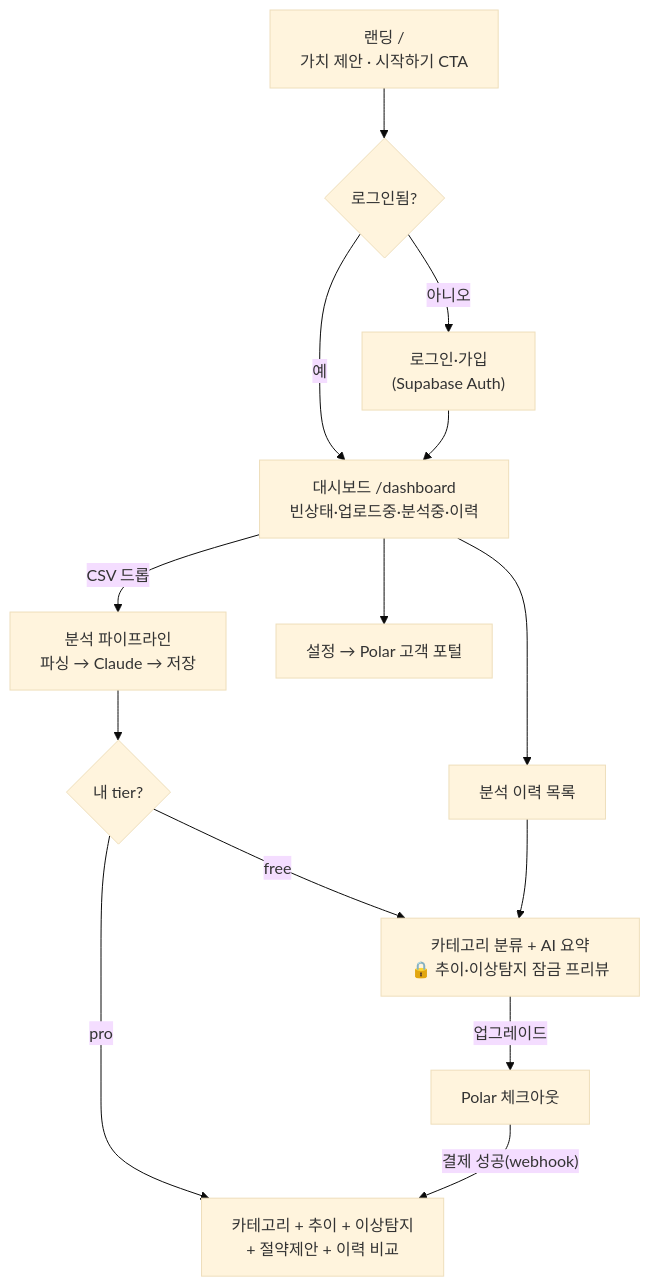
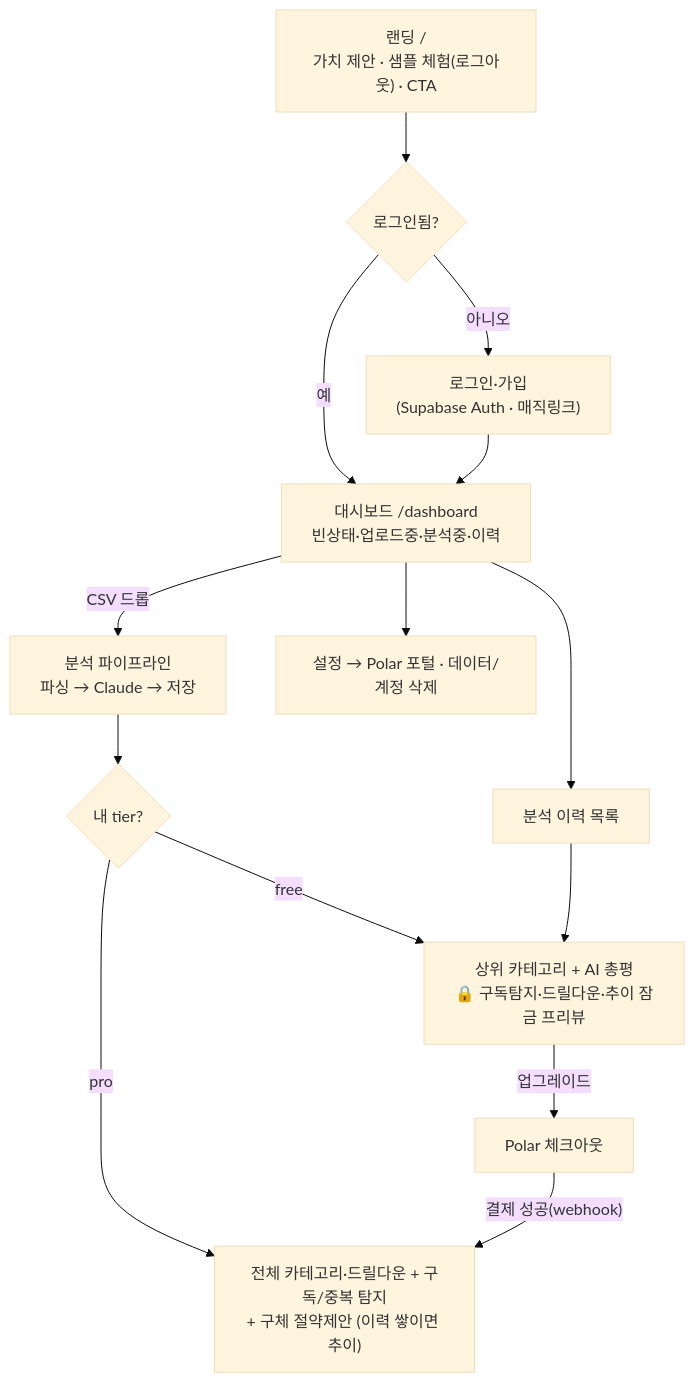
One commit to hhamja/finsight changed the first of 3 diagrams in docs/USER_FLOW.md. Above: the diagram before and after it, drawn with Mermaid (base theme). The commit also changed other lines of this file and 13 other files, not shown here.

````diff
--- a/docs/USER_FLOW.md
+++ b/docs/USER_FLOW.md
@@ -19,16 +19,16 @@
 ```mermaid
 flowchart TD
-    L["랜딩 /<br/>가치 제안 · 시작하기 CTA"]
+    L["랜딩 /<br/>가치 제안 · 샘플 체험(로그아웃) · CTA"]
     L --> AUTH{"로그인됨?"}
-    AUTH -- "아니오" --> SIGNUP["로그인·가입<br/>(Supabase Auth)"]
+    AUTH -- "아니오" --> SIGNUP["로그인·가입<br/>(Supabase Auth · 매직링크)"]
     AUTH -- "예" --> DASH
     SIGNUP --> DASH["대시보드 /dashboard<br/>빈상태·업로드중·분석중·이력"]
     DASH -- "CSV 드롭" --> PIPE["분석 파이프라인<br/>파싱 → Claude → 저장"]
     PIPE --> TIER{"내 tier?"}
-    TIER -- "free" --> FREE["카테고리 분류 + AI 요약<br/>🔒 추이·이상탐지 잠금 프리뷰"]
-    TIER -- "pro" --> PRO["카테고리 + 추이 + 이상탐지<br/>+ 절약제안 + 이력 비교"]
+    TIER -- "free" --> FREE["상위 카테고리 + AI 총평<br/>🔒 구독탐지·드릴다운·추이 잠금 프리뷰"]
+    TIER -- "pro" --> PRO["전체 카테고리·드릴다운 + 구독/중복 탐지<br/>+ 구체 절약제안 (이력 쌓이면 추이)"]
     FREE -- "업그레이드" --> CHK["Polar 체크아웃"]
     CHK -- "결제 성공(webhook)" --> PRO
     DASH --> HIST["분석 이력 목록"] --> FREE
-    DASH --> SET["설정 → Polar 고객 포털"]
+    DASH --> SET["설정 → Polar 포털 · 데이터/계정 삭제"]
 ```
````
